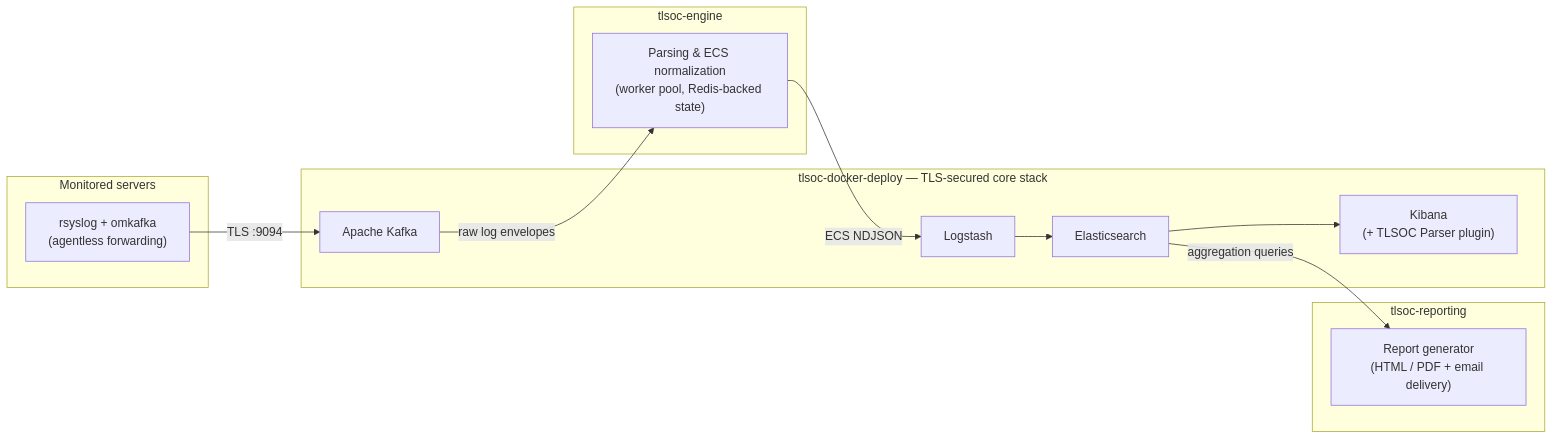
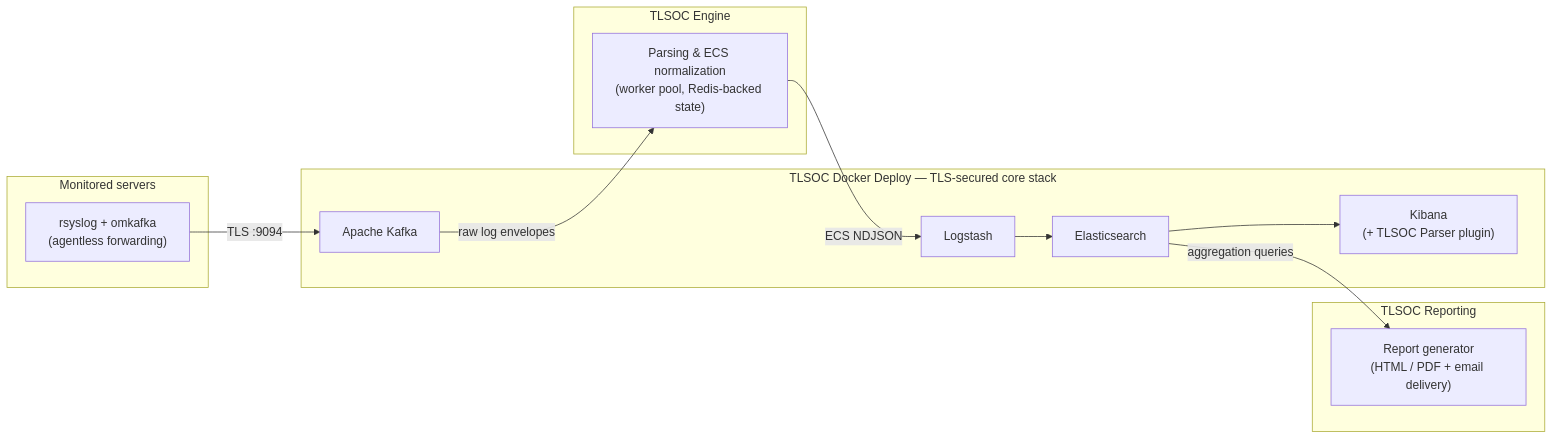
One commit to HelixY2J/Drishti changed the diagram in README.md. Above: the diagram before and after it, drawn with Mermaid. The commit also changed other lines of this file and 10 other files, not shown here.

````diff
--- a/README.md
+++ b/README.md
@@ -136,28 +136,28 @@
 ```mermaid
 flowchart LR
     subgraph sources["Monitored servers"]
         RS["rsyslog + omkafka<br/>(agentless forwarding)"]
     end
 
-    subgraph deploy["tlsoc-docker-deploy — TLS-secured core stack"]
+    subgraph deploy["TLSOC Docker Deploy — TLS-secured core stack"]
         K["Apache Kafka"]
         LS["Logstash"]
         ES["Elasticsearch"]
         KB["Kibana<br/>(+ TLSOC Parser plugin)"]
     end
 
-    subgraph engine["tlsoc-engine"]
+    subgraph engine["TLSOC Engine"]
         ENG["Parsing & ECS normalization<br/>(worker pool, Redis-backed state)"]
     end
 
-    subgraph reporting["tlsoc-reporting"]
+    subgraph reporting["TLSOC Reporting"]
         REP["Report generator<br/>(HTML / PDF + email delivery)"]
     end
 
     RS -- "TLS :9094" --> K
     K -- "raw log envelopes" --> ENG
     ENG -- "ECS NDJSON" --> LS
     LS --> ES
     ES --> KB
     ES -- "aggregation queries" --> REP
 ```
````
